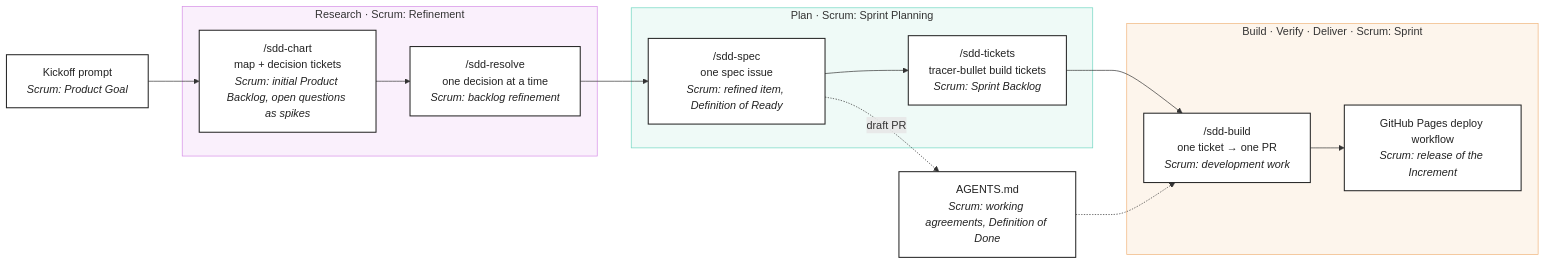
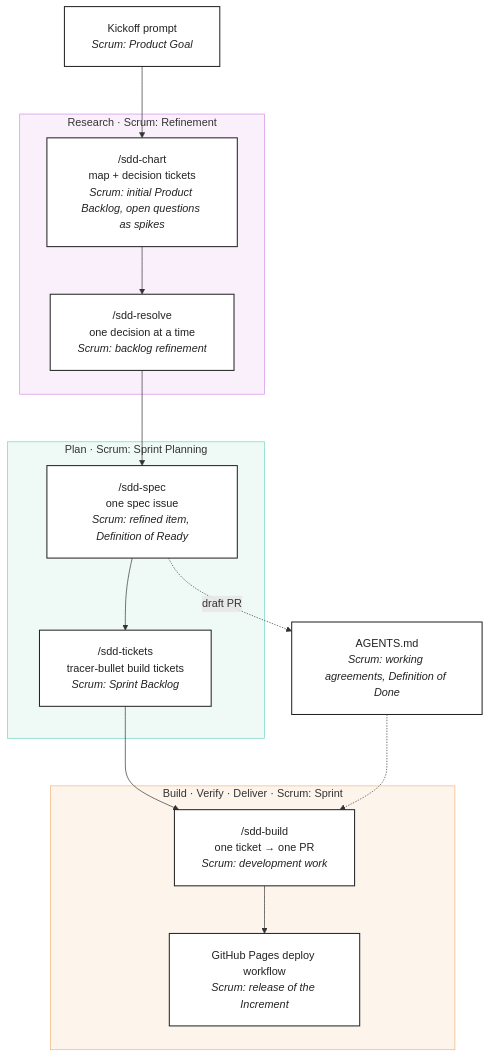
One commit to bgustavocosta-m/sdd-demo-base changed the diagram in README.md. Above: the diagram before and after it, drawn with Mermaid. The commit also changed other lines of this file, not shown here.

````diff
--- a/README.md
+++ b/README.md
@@ -82,33 +80,34 @@
 ```mermaid
-flowchart LR
+%%{init: {"flowchart": {"nodeSpacing": 60, "rankSpacing": 70, "padding": 20, "diagramPadding": 20}}}%%
+flowchart TB
     kickoff["Kickoff prompt<br/><i>Scrum: Product Goal</i>"]
 
     subgraph Research["Research · Scrum: Refinement"]
         chart["/sdd-chart<br/>map + decision tickets<br/><i>Scrum: initial Product Backlog, open questions as spikes</i>"]
         resolve["/sdd-resolve<br/>one decision at a time<br/><i>Scrum: backlog refinement</i>"]
     end
 
     subgraph Plan["Plan · Scrum: Sprint Planning"]
         spec["/sdd-spec<br/>one spec issue<br/><i>Scrum: refined item, Definition of Ready</i>"]
         tickets["/sdd-tickets<br/>tracer-bullet build tickets<br/><i>Scrum: Sprint Backlog</i>"]
     end
 
     agents["AGENTS.md<br/><i>Scrum: working agreements, Definition of Done</i>"]
 
     subgraph Build["Build · Verify · Deliver · Scrum: Sprint"]
         build["/sdd-build<br/>one ticket → one PR<br/><i>Scrum: development work</i>"]
         deploy["GitHub Pages deploy workflow<br/><i>Scrum: release of the Increment</i>"]
     end
 
     kickoff --> chart --> resolve
     resolve --> spec --> tickets --> build --> deploy
     spec -. draft PR .-> agents
     agents -.-> build
 
     classDef step fill:#fff,stroke:#222,stroke-width:1.5px,color:#222
     class kickoff,chart,resolve,spec,tickets,agents,build,deploy step
 
     style Research fill:#faf0fc,stroke:#d58ce6
     style Plan fill:#effaf7,stroke:#6fd6c0
     style Build fill:#fdf5ec,stroke:#f0b47a
 ```
````
